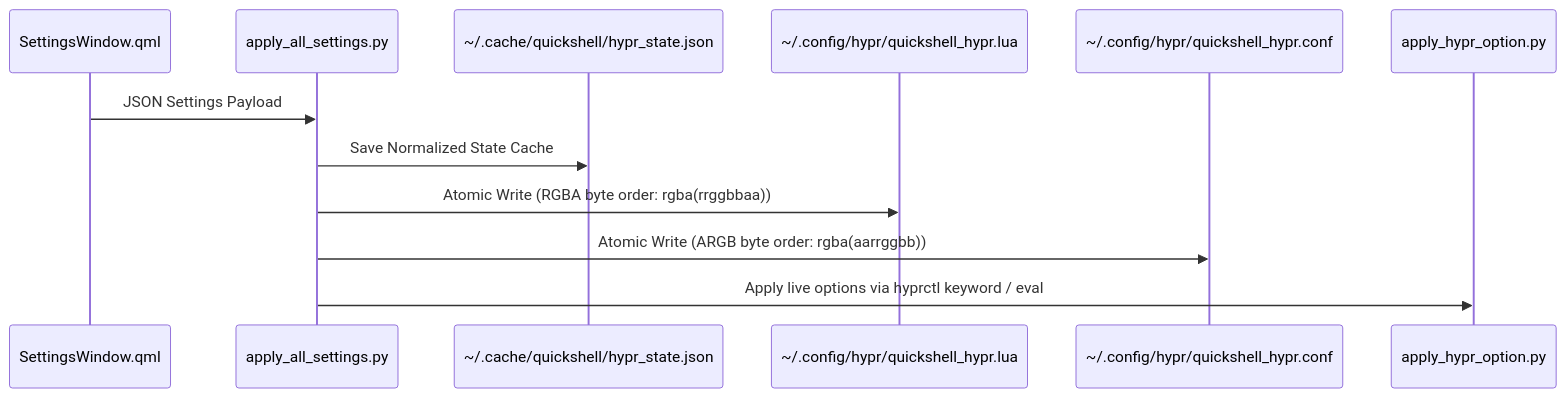
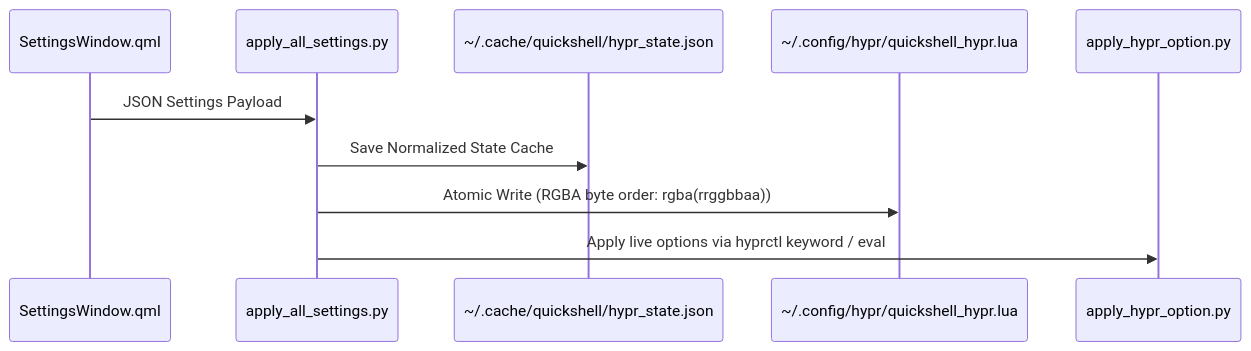
Before and after one commit to YogeshKumar14/quickshell-notch: the second of 2 diagrams in ARCHITECTURE.md, drawn with Mermaid. The commit also changed other lines of this file and 7 other files, not shown here.

Commit message:
feat(hyprland): transition to pure Lua architecture and add shadow polish fixes

````diff
--- a/ARCHITECTURE.md
+++ b/ARCHITECTURE.md
@@ -178,15 +178,13 @@
 ```mermaid
 sequenceDiagram
     participant UI as SettingsWindow.qml
     participant Writer as apply_all_settings.py
     participant Cache as ~/.cache/quickshell/hypr_state.json
     participant Lua as ~/.config/hypr/quickshell_hypr.lua
-    participant Conf as ~/.config/hypr/quickshell_hypr.conf
     participant Live as apply_hypr_option.py
 
     UI->>Writer: JSON Settings Payload
     Writer->>Cache: Save Normalized State Cache
     Writer->>Lua: Atomic Write (RGBA byte order: rgba(rrggbbaa))
-    Writer->>Conf: Atomic Write (ARGB byte order: rgba(aarrggbb))
     Writer->>Live: Apply live options via hyprctl keyword / eval
 ```
````
